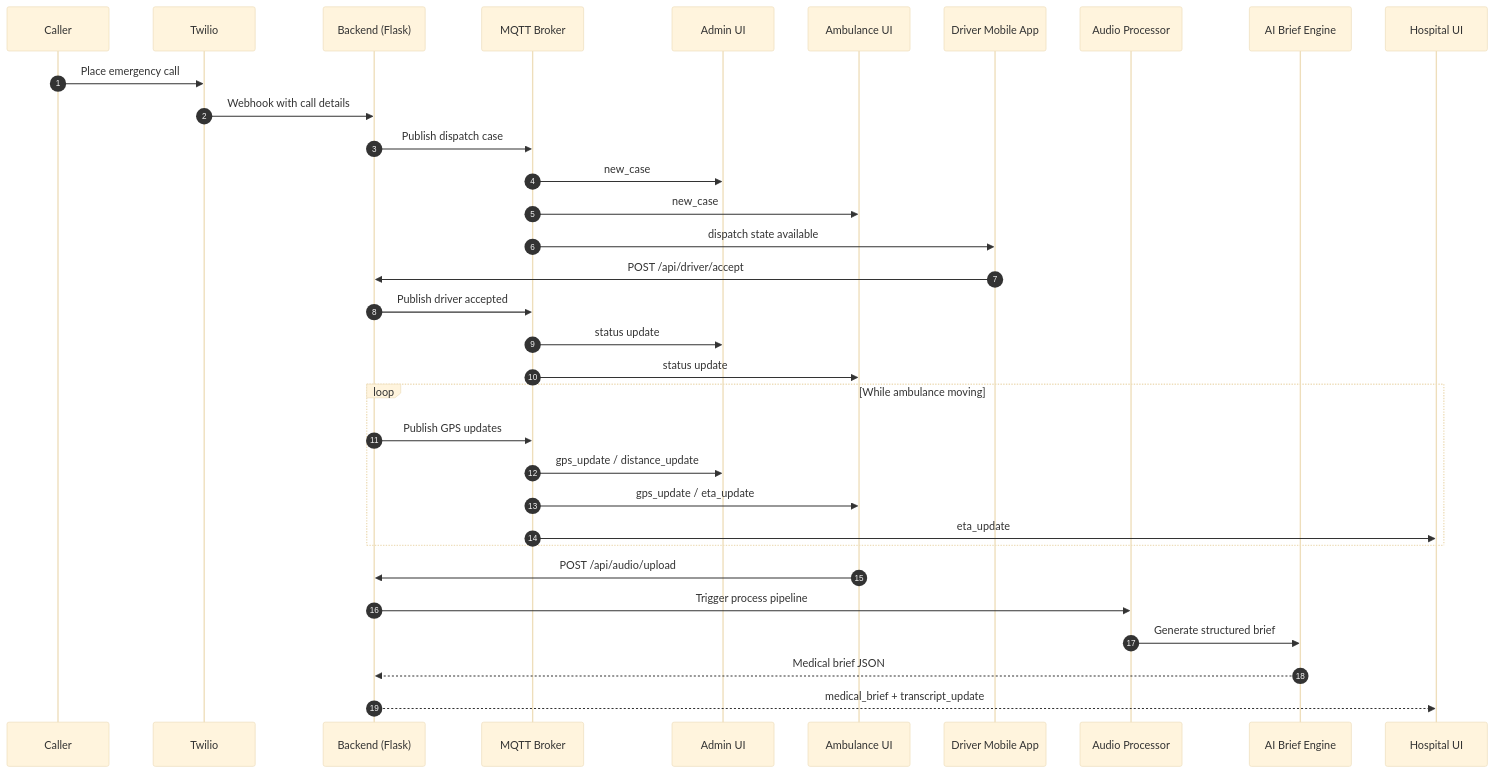
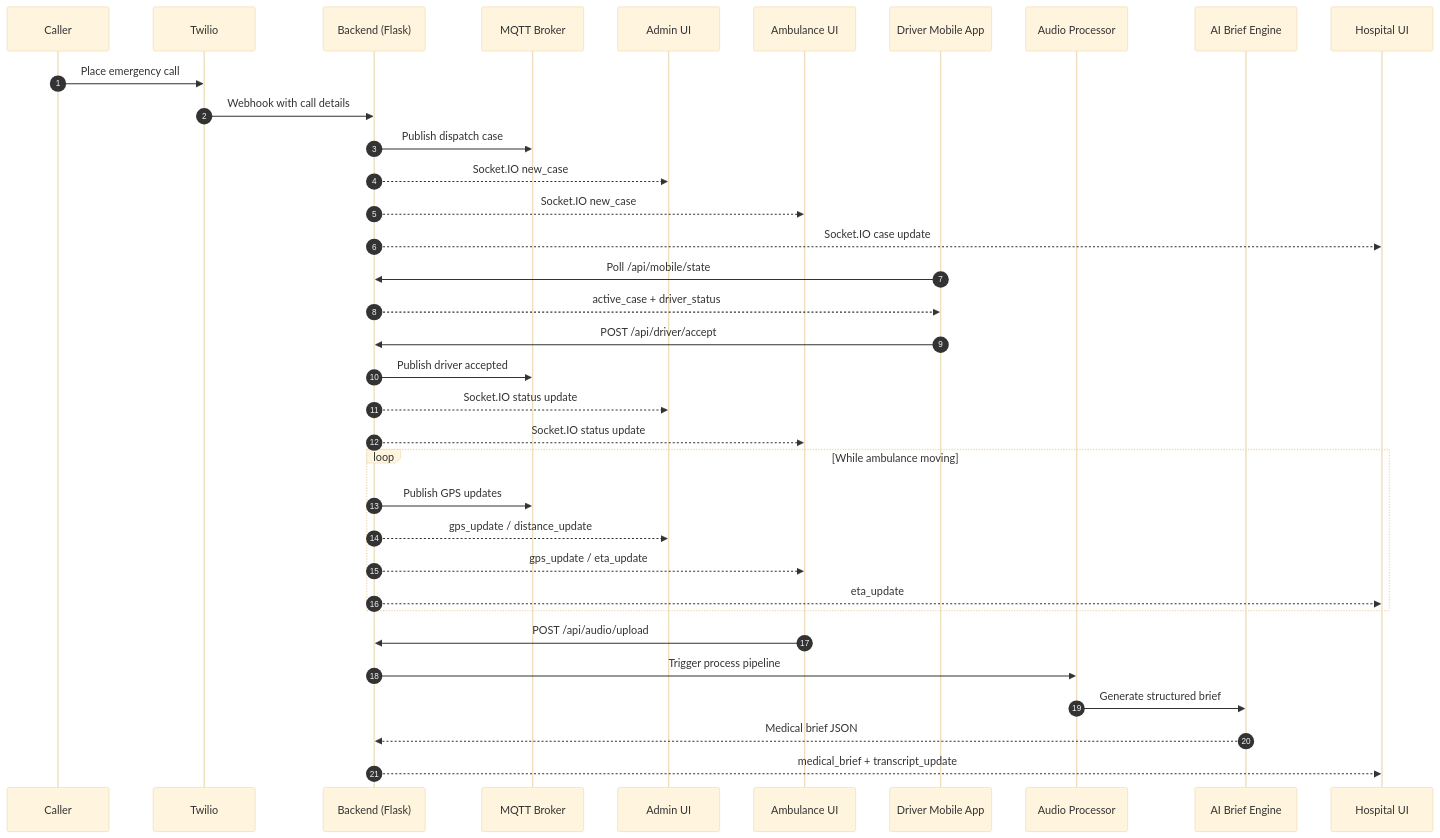
Before and after one commit to Aspect022/Smart-EVP: the second of 3 diagrams in README.md, drawn with Mermaid (base theme). The commit also changed other lines of this file, not shown here.

Commit message:
docs: update architecture sequence diagram to reflect Socket.IO communication and polling changes

````diff
--- a/README.md
+++ b/README.md
@@ -56,38 +57,40 @@
 ```mermaid
 sequenceDiagram
   autonumber
   participant Caller as Caller
   participant Twilio as Twilio
   participant BE as Backend (Flask)
   participant MQ as MQTT Broker
   participant Admin as Admin UI
   participant Ambulance as Ambulance UI
   participant Mobile as Driver Mobile App
   participant Audio as Audio Processor
   participant AI as AI Brief Engine
   participant Hospital as Hospital UI
 
   Caller->>Twilio: Place emergency call
   Twilio->>BE: Webhook with call details
   BE->>MQ: Publish dispatch case
-  MQ->>Admin: new_case
-  MQ->>Ambulance: new_case
-  MQ->>Mobile: dispatch state available
+  BE-->>Admin: Socket.IO new_case
+  BE-->>Ambulance: Socket.IO new_case
+  BE-->>Hospital: Socket.IO case update
+  Mobile->>BE: Poll /api/mobile/state
+  BE-->>Mobile: active_case + driver_status
   Mobile->>BE: POST /api/driver/accept
   BE->>MQ: Publish driver accepted
-  MQ->>Admin: status update
-  MQ->>Ambulance: status update
+  BE-->>Admin: Socket.IO status update
+  BE-->>Ambulance: Socket.IO status update
 
   loop While ambulance moving
     BE->>MQ: Publish GPS updates
-    MQ->>Admin: gps_update / distance_update
-    MQ->>Ambulance: gps_update / eta_update
-    MQ->>Hospital: eta_update
+    BE-->>Admin: gps_update / distance_update
+    BE-->>Ambulance: gps_update / eta_update
+    BE-->>Hospital: eta_update
   end
 
   Ambulance->>BE: POST /api/audio/upload
   BE->>Audio: Trigger process pipeline
   Audio->>AI: Generate structured brief
   AI-->>BE: Medical brief JSON
   BE-->>Hospital: medical_brief + transcript_update
 ```
````
